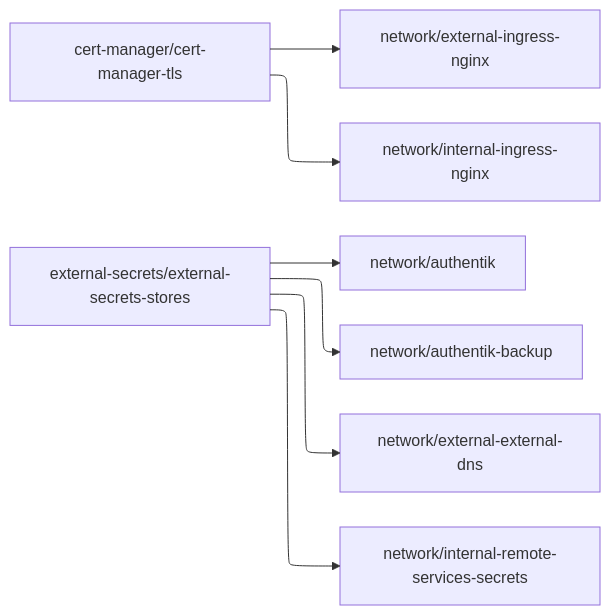
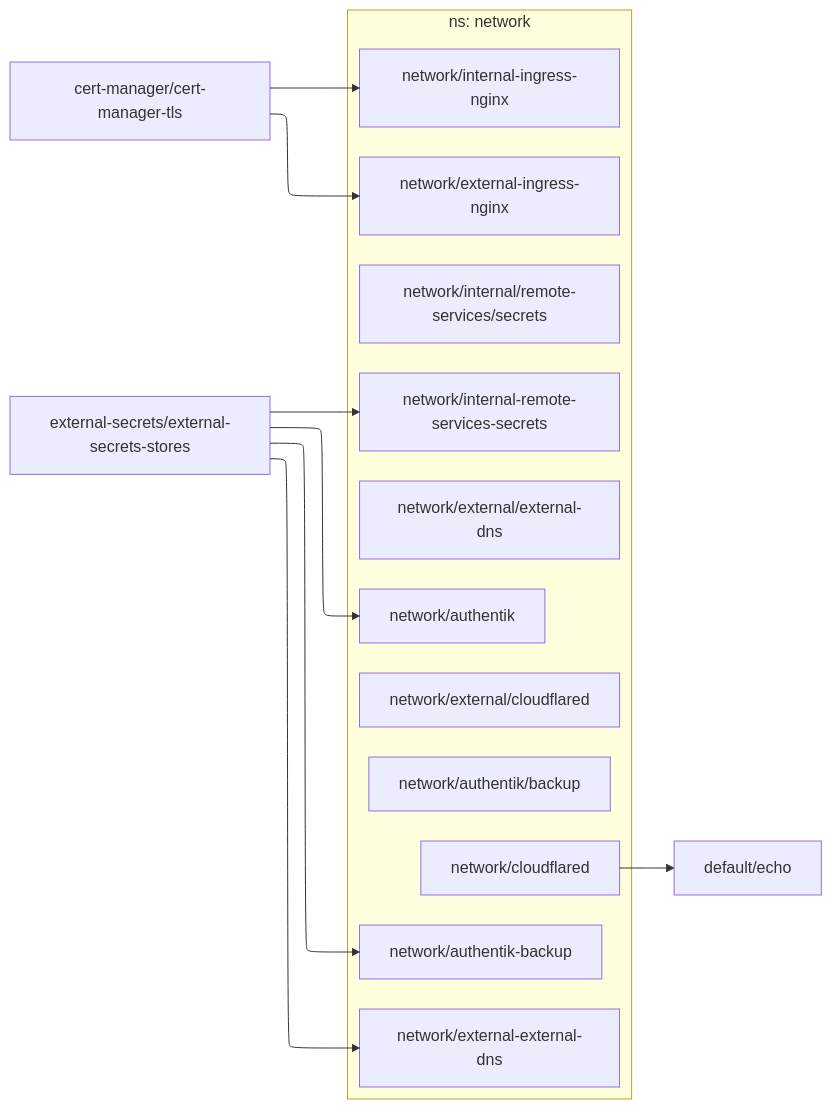
The diagram in dependencies/DEPENDENCIES-network.md (roblandry/home-ops), drawn with Mermaid before and after one commit. The commit also changed 23 other files, not shown here.

````diff
--- a/dependencies/DEPENDENCIES-network.md
+++ b/dependencies/DEPENDENCIES-network.md
@@ -1,14 +1,28 @@
 ```mermaid
 ---
 config:
   layout: elk
 ---
 flowchart LR
 
+  subgraph "ns: network"
+    network/authentik
+    network/authentik-backup
+    network/authentik/backup
+    network/cloudflared
+    network/external-external-dns
+    network/external-ingress-nginx
+    network/external/cloudflared
+    network/external/external-dns
+    network/internal-ingress-nginx
+    network/internal-remote-services-secrets
+    network/internal/remote-services/secrets
+  end
   cert-manager/cert-manager-tls --> network/external-ingress-nginx
   cert-manager/cert-manager-tls --> network/internal-ingress-nginx
   external-secrets/external-secrets-stores --> network/authentik
   external-secrets/external-secrets-stores --> network/authentik-backup
   external-secrets/external-secrets-stores --> network/external-external-dns
   external-secrets/external-secrets-stores --> network/internal-remote-services-secrets
+  network/cloudflared --> default/echo
 ```
````
